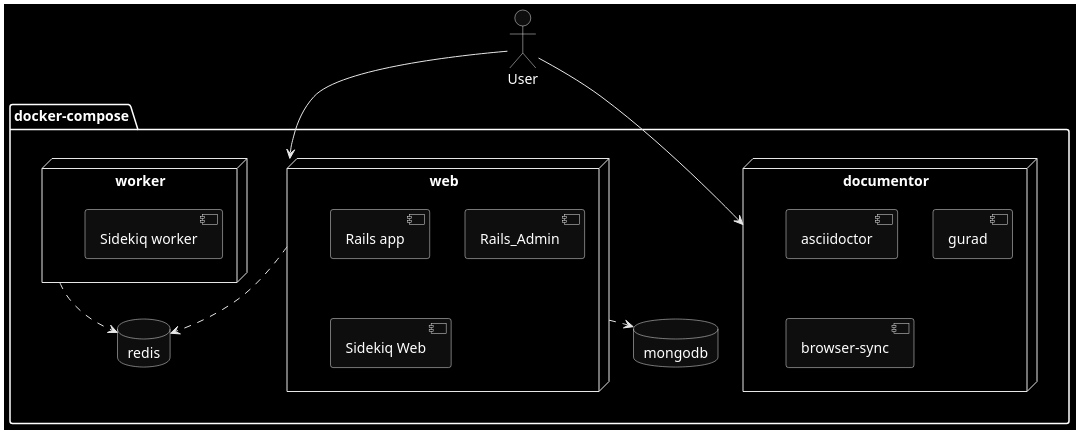
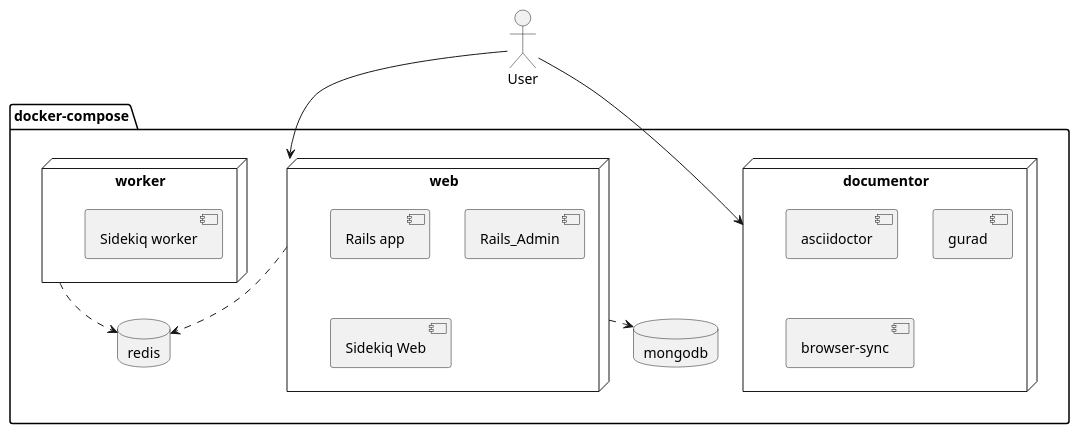
The diagram in src/doc/ja/overview.adoc (yubele/newsdict.io), drawn with PlantUML before and after one commit. The commit also changed other lines of this file and 14 other files, not shown here.

```diff
--- a/src/doc/ja/overview.adoc
+++ b/src/doc/ja/overview.adoc
@@ -42,28 +42,28 @@
 [plantuml, diagram-classes, png]
 ....
-skinparam monochrome reverse
+skinparam monochrome true
 actor User
 package "docker-compose" {
     node documentor {
         component asciidoctor
         component gurad
         component "browser-sync" as browsersync
     }
     node web {
         component "Rails app"
         component "Rails_Admin"
         component "Sidekiq Web"
     }
     database mongodb
     node worker {
         component "Sidekiq worker"
     }
     database redis
     
     web ..> mongodb
     web ..> redis
     worker ..> redis
 }
 User --> web
 User --> documentor
 ....
```
